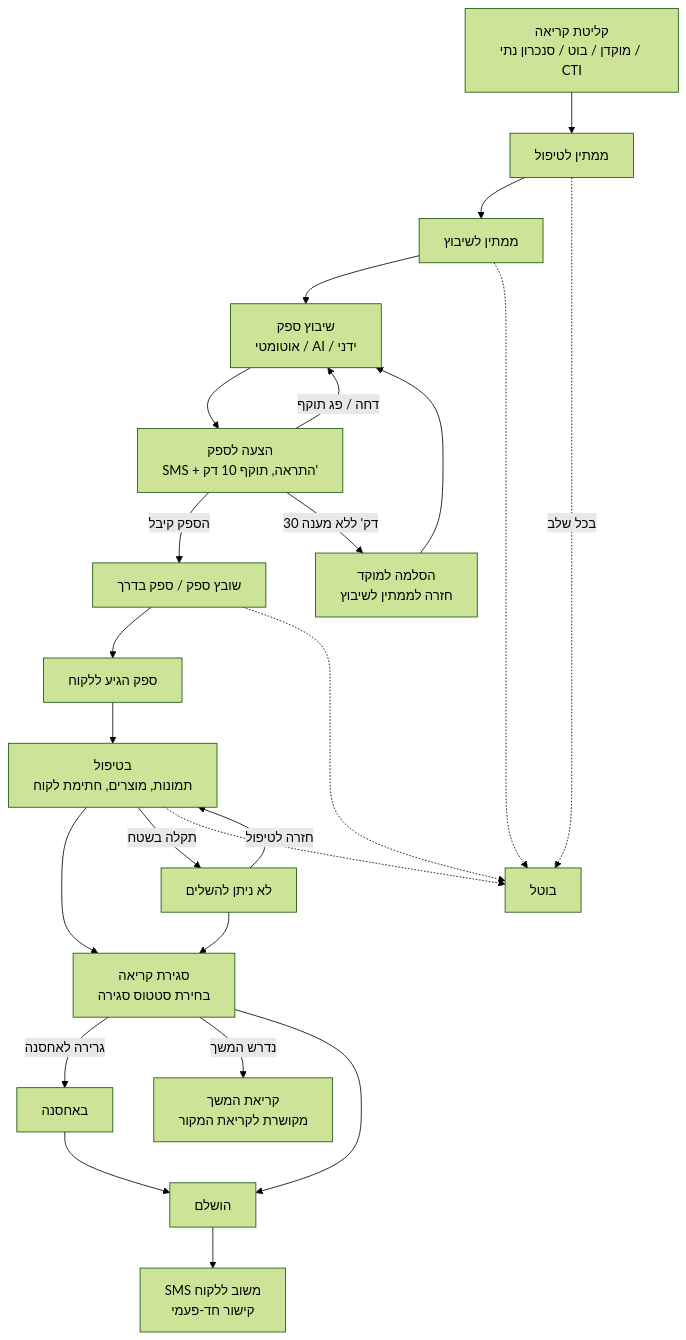
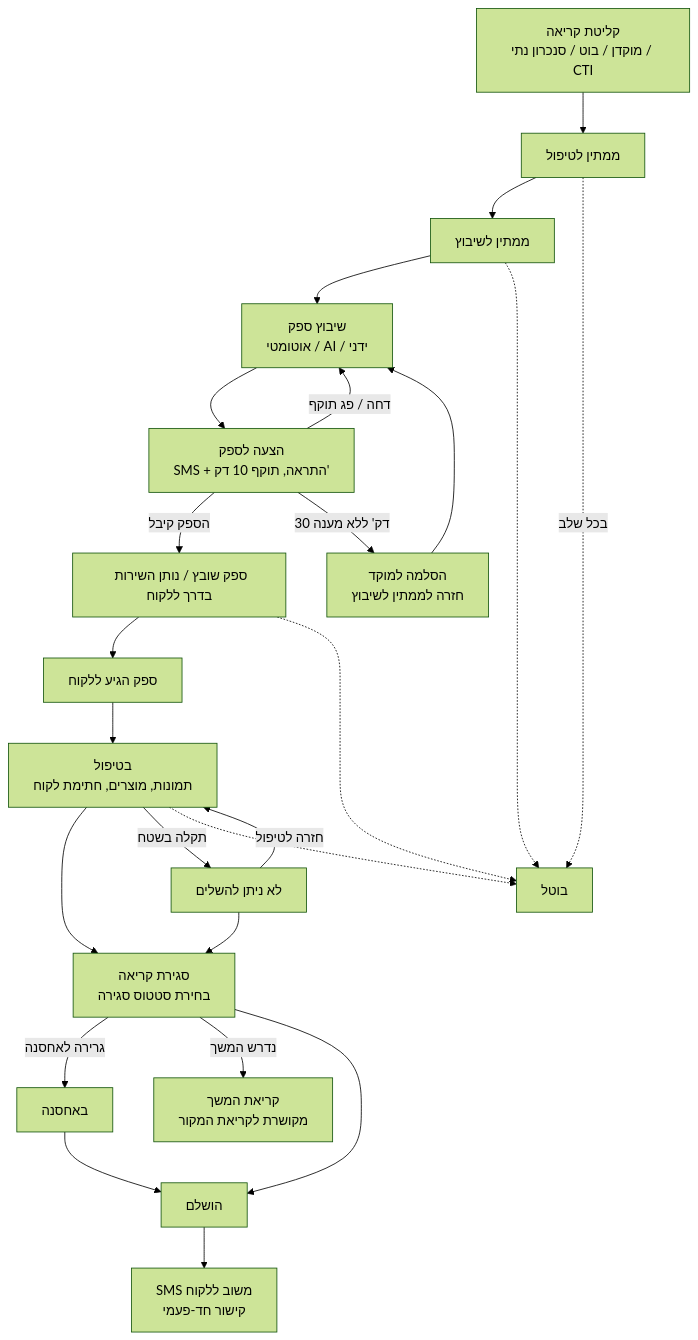
The first of 2 diagrams in docs/guides/02-call-management.md (IFATEYTAN/natid-crm), drawn with Mermaid (forest theme) before and after one commit. The commit also changed other lines of this file and 5 other files, not shown here.

````diff
--- a/docs/guides/02-call-management.md
+++ b/docs/guides/02-call-management.md
@@ -40,26 +40,26 @@
 ```mermaid
 flowchart TD
     A["קליטת קריאה<br/>מוקדן / בוט / סנכרון נתי / CTI"] --> B["ממתין לטיפול"]
     B --> C["ממתין לשיבוץ"]
     C --> D["שיבוץ ספק<br/>אוטומטי / AI / ידני"]
     D --> E["הצעה לספק<br/>SMS + התראה, תוקף 10 דק'"]
-    E -->|"הספק קיבל"| F["שובץ ספק / ספק בדרך"]
+    E -->|"הספק קיבל"| F["ספק שובץ / נותן השירות בדרך ללקוח"]
     E -->|"דחה / פג תוקף"| D
     E -->|"30 דק' ללא מענה"| G["הסלמה למוקד<br/>חזרה לממתין לשיבוץ"]
     G --> D
     F --> H["ספק הגיע ללקוח"]
     H --> I["בטיפול<br/>תמונות, מוצרים, חתימת לקוח"]
     I --> J["סגירת קריאה<br/>בחירת סטטוס סגירה"]
     I -->|"תקלה בשטח"| K["לא ניתן להשלים"]
     K -->|"חזרה לטיפול"| I
     K --> J
     J -->|"גרירה לאחסנה"| L["באחסנה"]
     L --> M["הושלם"]
     J -->|"נדרש המשך"| N["קריאת המשך<br/>מקושרת לקריאת המקור"]
     J --> M["הושלם"]
     M --> O["SMS משוב ללקוח<br/>קישור חד-פעמי"]
     B -.->|"בכל שלב"| P["בוטל"]
     C -.-> P
     F -.-> P
     I -.-> P
 ```
````
